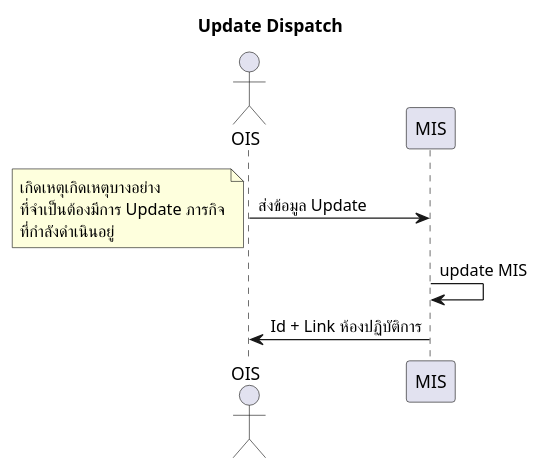
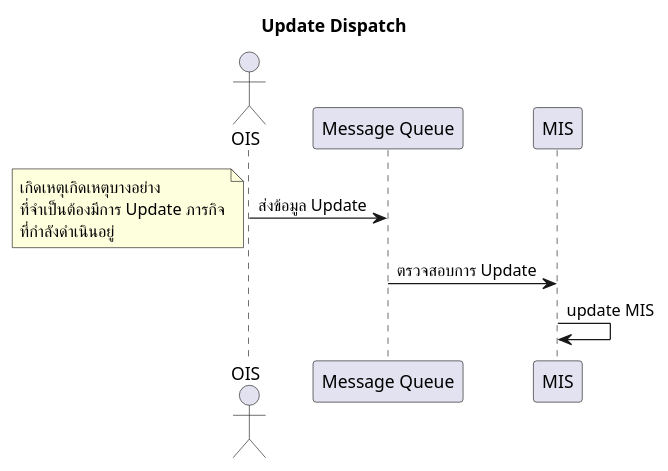
Before and after one commit to lionants02/mis-api-doc: the diagram in uml/update_dispatch.plantuml, drawn with PlantUML. The commit also changed 1 other file, not shown here.

```diff
--- a/uml/update_dispatch.plantuml
+++ b/uml/update_dispatch.plantuml
@@ -1,8 +1,8 @@
 @startuml
 Title Update Dispatch
 actor OIS
-  OIS -> MIS: ส่งข้อมูล Update
+  OIS -> "Message Queue": ส่งข้อมูล Update
   note left: เกิดเหตุเกิดเหตุบางอย่าง\nที่จำเป็นต้องมีการ Update ภารกิจ\nที่กำลังดำเนินอยู่
+  "Message Queue" -> MIS: ตรวจสอบการ Update
   MIS -> MIS: update MIS
-  OIS <- MIS: Id + Link ห้องปฏิบัติการ
 @enduml
```
